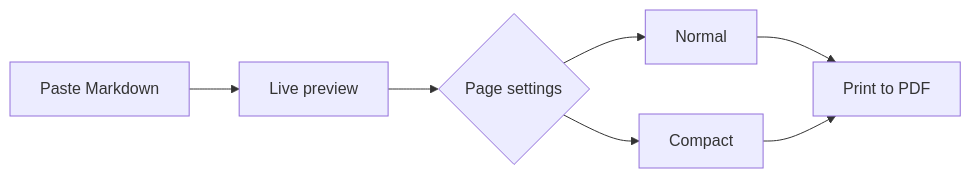
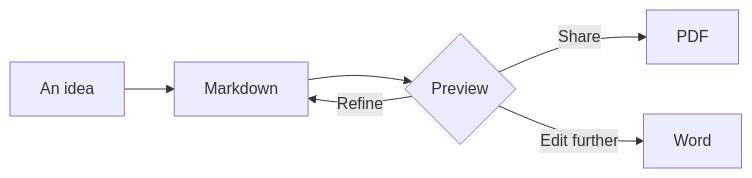
Before and after one commit to Harshnath628/MD2PDF: the first of 4 diagrams in sample.md, drawn with Mermaid. The commit also changed other lines of this file and 19 other files, not shown here.

````diff
--- a/sample.md
+++ b/sample.md
@@ -62,9 +112,8 @@
 ```mermaid
 flowchart LR
-    A[Paste Markdown] --> B[Live preview]
-    B --> C{Page settings}
-    C --> D[Normal]
-    C --> E[Compact]
-    D --> F[Print to PDF]
-    E --> F
+    A[An idea] --> B[Markdown]
+    B --> C{Preview}
+    C -->|Refine| B
+    C -->|Share| D[PDF]
+    C -->|Edit further| E[Word]
 ```
````
